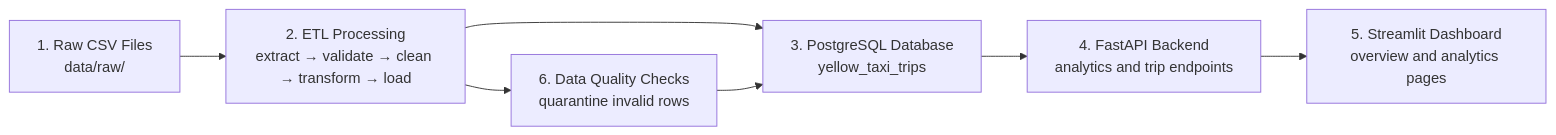
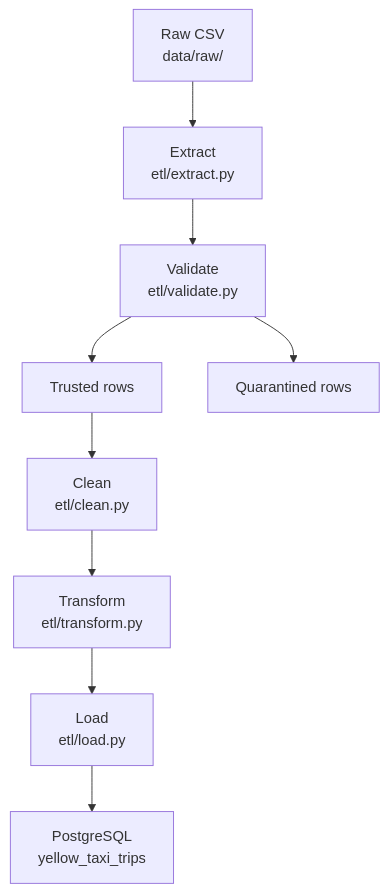
Before and after one commit to Raktabhbhattacharjee/nyc-taxi-etl: the second of 5 diagrams in README.md, drawn with Mermaid. The commit also changed other lines of this file, not shown here.

Commit message:
Update project README with architecture diagrams

````diff
--- a/README.md
+++ b/README.md
@@ -41,10 +37,11 @@
 ```mermaid
-flowchart LR
-    A["1. Raw CSV Files<br/>data/raw/"] --> B["2. ETL Processing<br/>extract → validate → clean → transform → load"]
-    B --> C["3. PostgreSQL Database<br/>yellow_taxi_trips"]
-    C --> D["4. FastAPI Backend<br/>analytics and trip endpoints"]
-    D --> E["5. Streamlit Dashboard<br/>overview and analytics pages"]
-
-    B --> F["6. Data Quality Checks<br/>quarantine invalid rows"]
-    F --> C
+flowchart TB
+    raw["Raw CSV<br/>data/raw/"] --> extract["Extract<br/>etl/extract.py"]
+    extract --> validate["Validate<br/>etl/validate.py"]
+    validate --> trusted["Trusted rows"]
+    validate --> quarantine["Quarantined rows"]
+    trusted --> clean["Clean<br/>etl/clean.py"]
+    clean --> transform["Transform<br/>etl/transform.py"]
+    transform --> load["Load<br/>etl/load.py"]
+    load --> postgres["PostgreSQL<br/>yellow_taxi_trips"]
 ```
````
